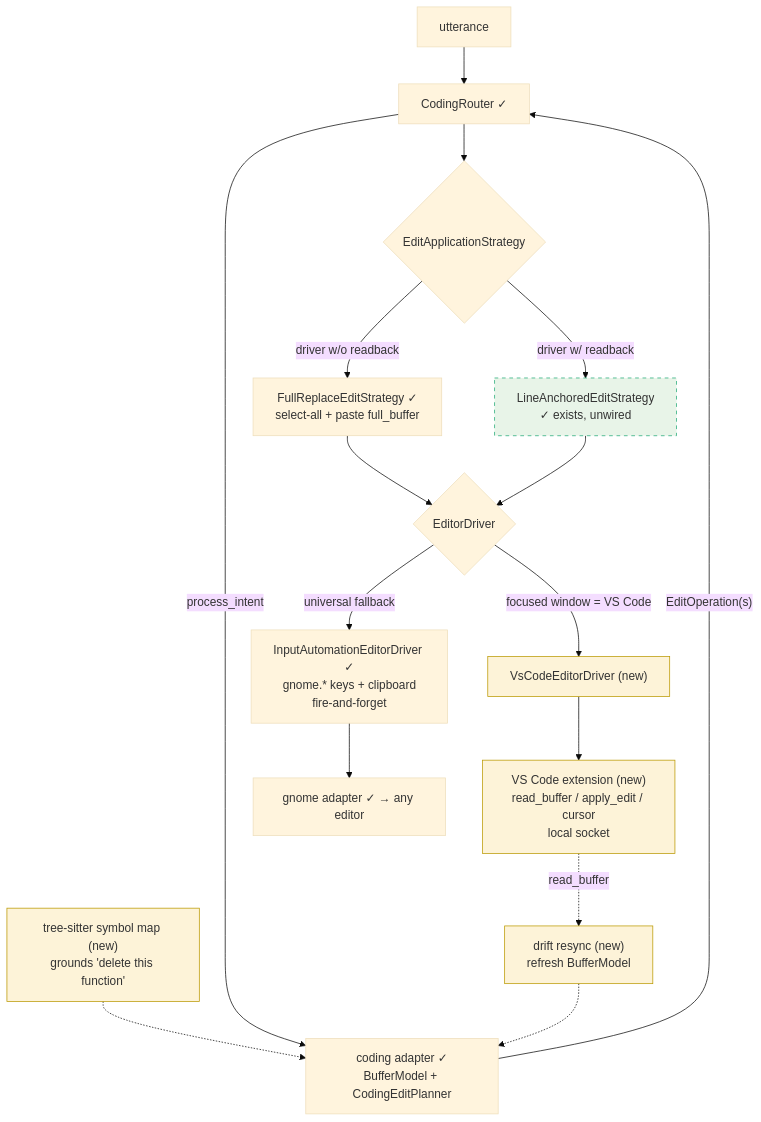
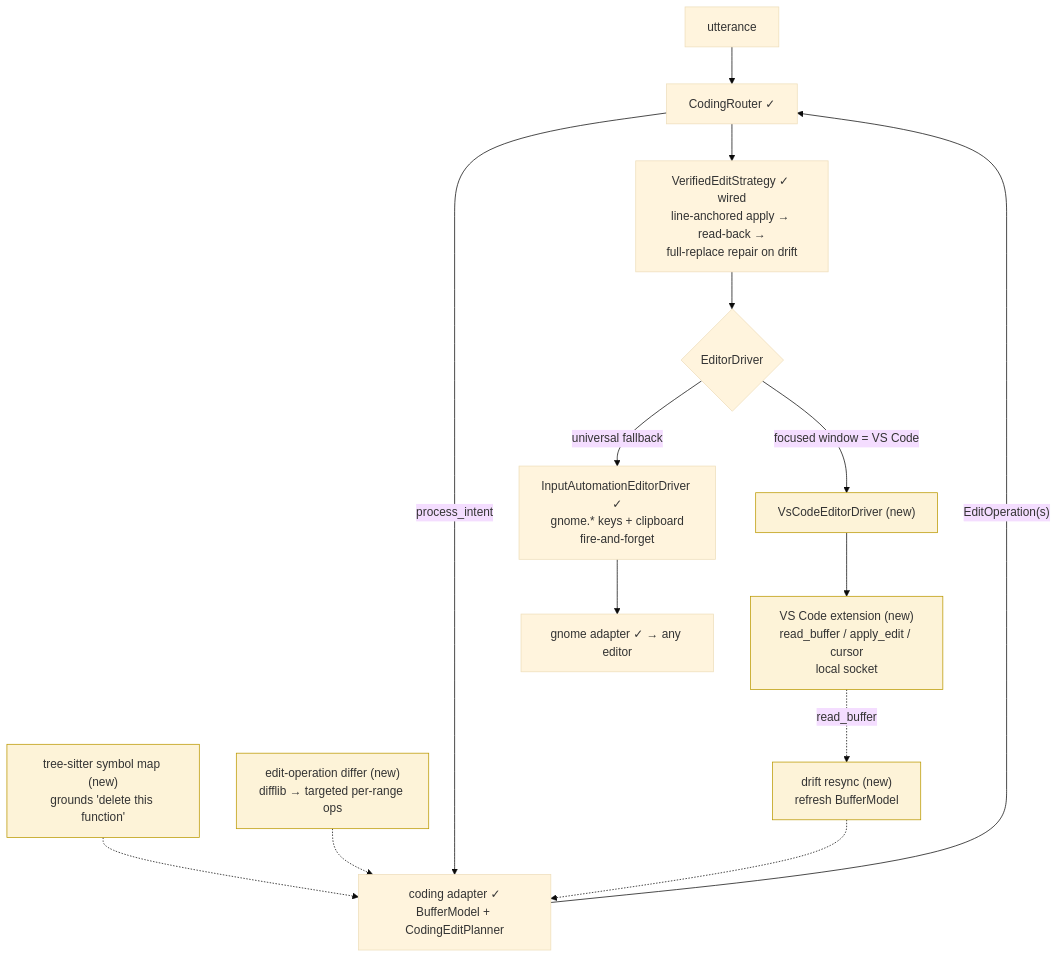
One commit to vovka/tusk changed the diagram in docs/directions/4_coding-vertical/editor-driver-seam.md. Above: the diagram before and after it, drawn with Mermaid (base theme). The commit also changed other lines of this file and 8 other files, not shown here.

````diff
--- a/docs/directions/4_coding-vertical/editor-driver-seam.md
+++ b/docs/directions/4_coding-vertical/editor-driver-seam.md
@@ -7,28 +7,26 @@
 ```mermaid
 flowchart TD
     U[utterance] --> CR[CodingRouter ✓]
     CR -->|process_intent| CAD["coding adapter ✓<br/>BufferModel + CodingEditPlanner"]
     CAD -->|"EditOperation(s)"| CR
     TS["tree-sitter symbol map (new)<br/>grounds 'delete this function'"] -.-> CAD
+    DIF["edit-operation differ (new)<br/>difflib → targeted per-range ops"] -.-> CAD
 
-    CR --> STRAT{EditApplicationStrategy}
-    STRAT -->|"driver w/o readback"| FR[FullReplaceEditStrategy ✓<br/>select-all + paste full_buffer]
-    STRAT -->|"driver w/ readback"| LA["LineAnchoredEditStrategy<br/>✓ exists, unwired"]
+    CR --> VS["VerifiedEditStrategy ✓ wired<br/>line-anchored apply → read-back →<br/>full-replace repair on drift"]
 
-    FR --> DRV{EditorDriver}
-    LA --> DRV
+    VS --> DRV{EditorDriver}
     DRV -->|universal fallback| IA["InputAutomationEditorDriver ✓<br/>gnome.* keys + clipboard<br/>fire-and-forget"]
     DRV -->|focused window = VS Code| VSD["VsCodeEditorDriver (new)"]
 
     IA --> GA[gnome adapter ✓ → any editor]
     VSD --> EXT["VS Code extension (new)<br/>read_buffer / apply_edit / cursor<br/>local socket"]
 
     EXT -.->|read_buffer| SYNC["drift resync (new)<br/>refresh BufferModel"]
     SYNC -.-> CAD
 
     style TS fill:#fdf3d8,stroke:#b90
+    style DIF fill:#fdf3d8,stroke:#b90
     style VSD fill:#fdf3d8,stroke:#b90
     style EXT fill:#fdf3d8,stroke:#b90
     style SYNC fill:#fdf3d8,stroke:#b90
-    style LA fill:#e8f4e8,stroke:#2a7,stroke-dasharray: 5 5
 ```
````
